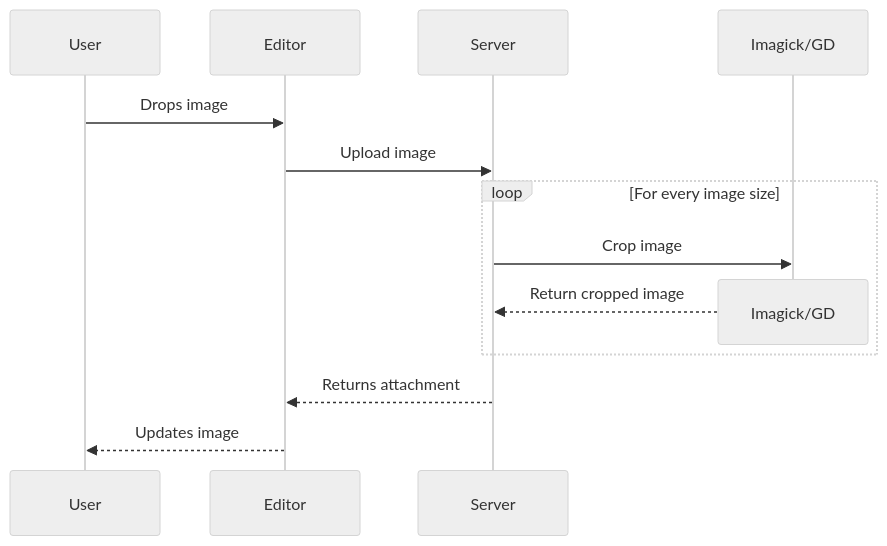
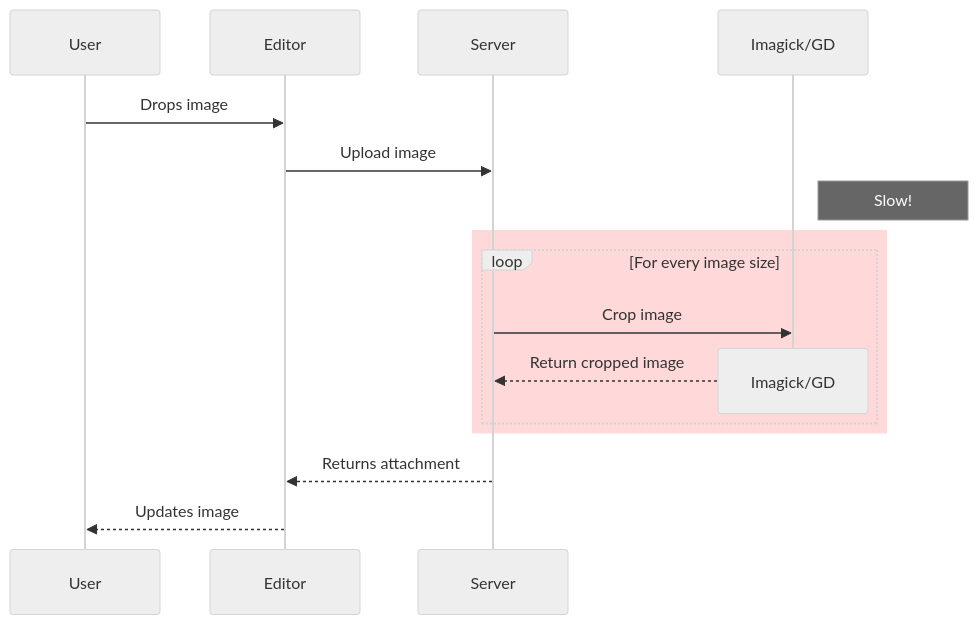
The first of 4 diagrams in docs/technical-overview.md (swissspidy/media-experiments), drawn with Mermaid (neutral theme) before and after one commit. The commit also changed other lines of this file, not shown here.

Commit message:
Update diagrams

````diff
--- a/docs/technical-overview.md
+++ b/docs/technical-overview.md
@@ -7,20 +7,23 @@
 ```mermaid
 sequenceDiagram
 	participant U as User
 	participant E as Editor
     participant S as Server
 
 	U->>E: Drops image
     E->>S: Upload image
 
 	create participant G as Imagick/GD
 
-	loop For every image size
-        S->>G: Crop image
-		destroy G
-	    G-->>S: Return cropped image
-    end
+	Note right of G: Slow!
+	rect rgba(255, 180, 180, 0.5)
+		loop For every image size
+	        S->>G: Crop image
+			destroy G
+		    G-->>S: Return cropped image
+	    end
+	end
 
 	S-->>E: Returns attachment
 	E-->>U: Updates image
 ```
````
